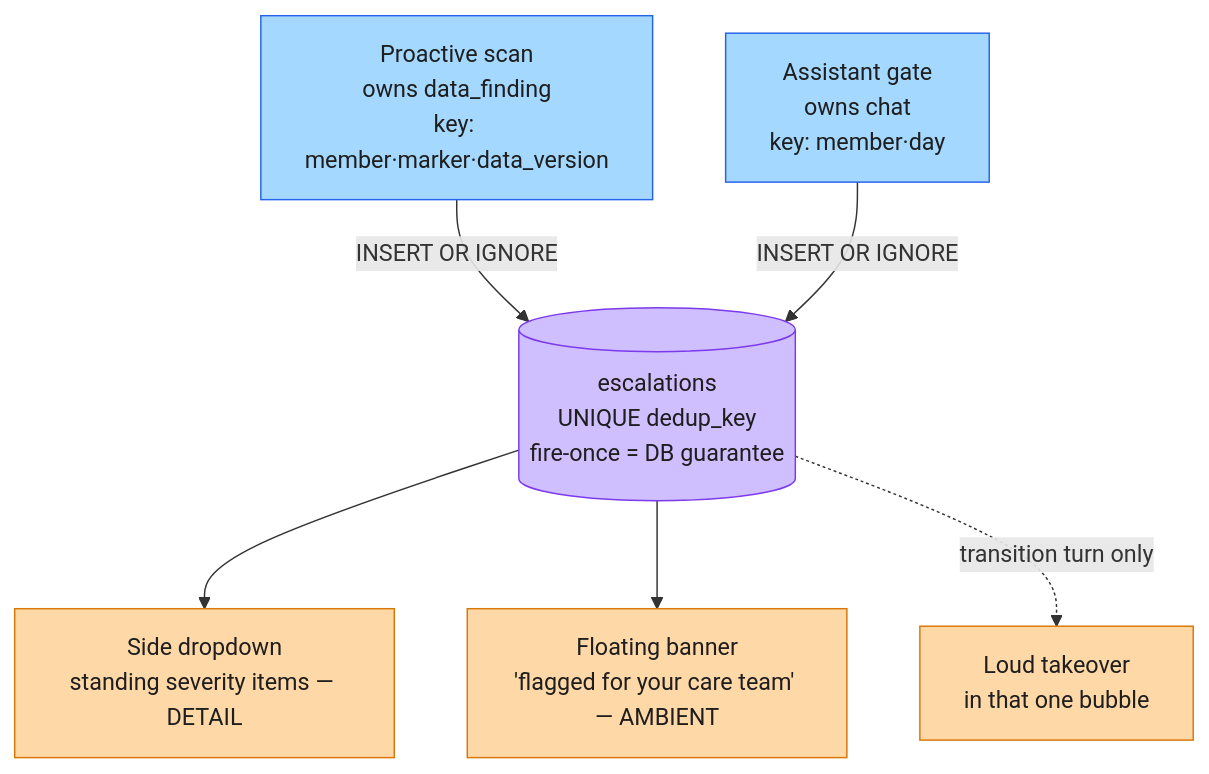
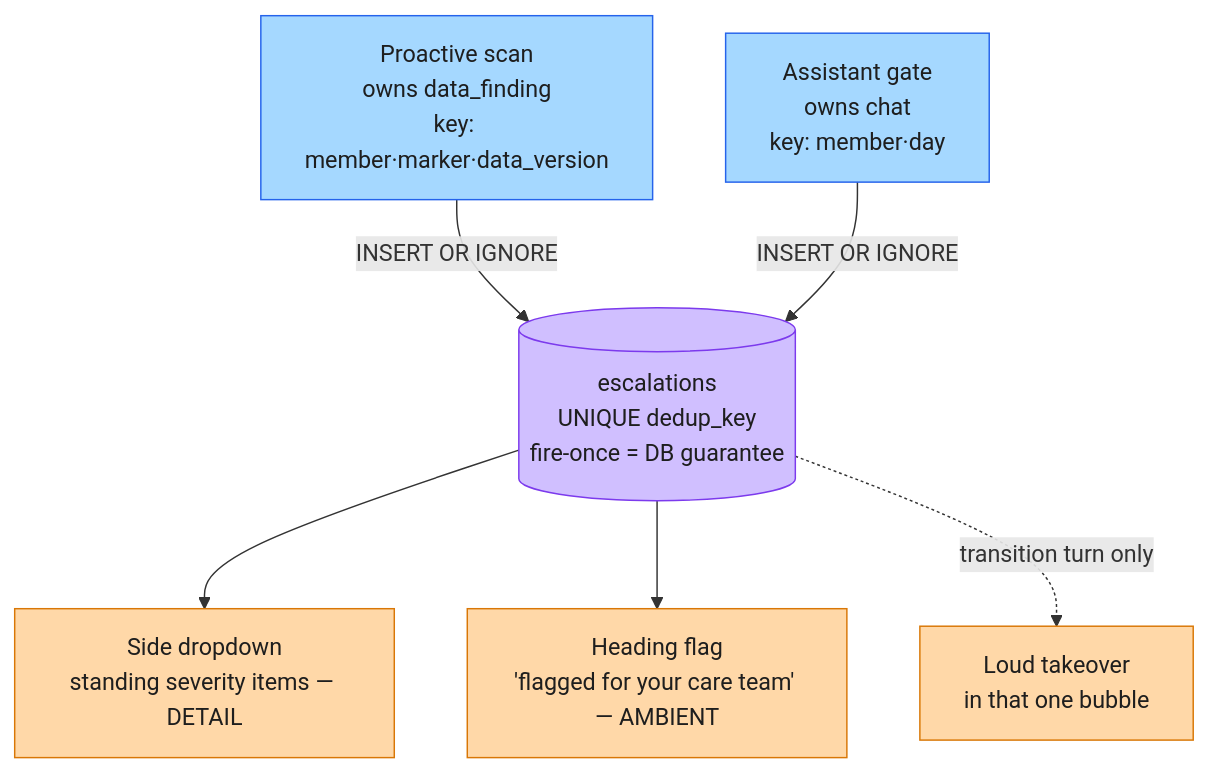
The eighth of 11 diagrams in docs/architecture.md (franalli/health-agent-lab), drawn with Mermaid before and after one commit. The commit also changed other lines of this file and 32 other files, not shown here.

````diff
--- a/docs/architecture.md
+++ b/docs/architecture.md
@@ -327,13 +327,13 @@
 ```mermaid
 flowchart TB
   scan[Proactive scan<br/>owns data_finding<br/>key: member·marker·data_version]:::det
   gate[Assistant gate<br/>owns chat<br/>key: member·day]:::det
   scan -->|INSERT OR IGNORE| Q[(escalations<br/>UNIQUE dedup_key<br/>fire-once = DB guarantee)]:::store
   gate -->|INSERT OR IGNORE| Q
   Q --> panel[Side dropdown<br/>standing severity items — DETAIL]:::ui
-  Q --> banner[Floating banner<br/>'flagged for your care team' — AMBIENT]:::ui
+  Q --> banner[Heading flag<br/>'flagged for your care team' — AMBIENT]:::ui
   Q -. transition turn only .-> loud[Loud takeover<br/>in that one bubble]:::ui
   classDef det fill:#a5d8ff,stroke:#2563eb,color:#1e1e1e
   classDef store fill:#d0bfff,stroke:#7c3aed,color:#1e1e1e
   classDef ui fill:#ffd8a8,stroke:#d97706,color:#1e1e1e
 ```
````
